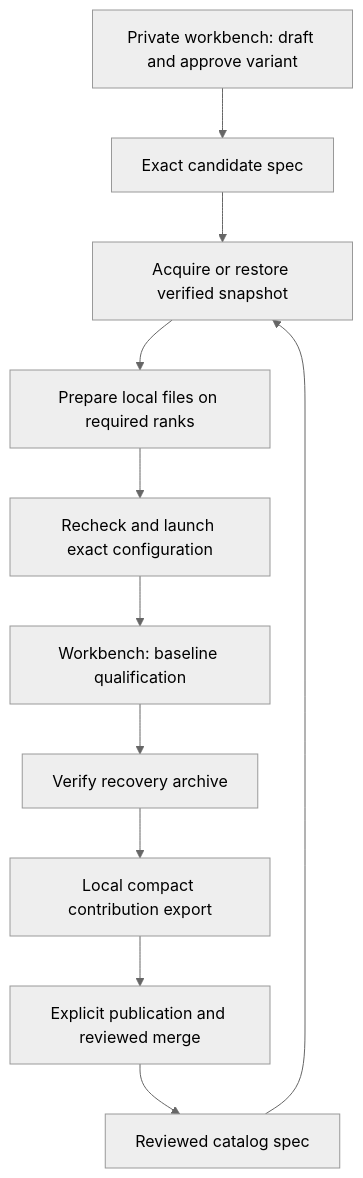
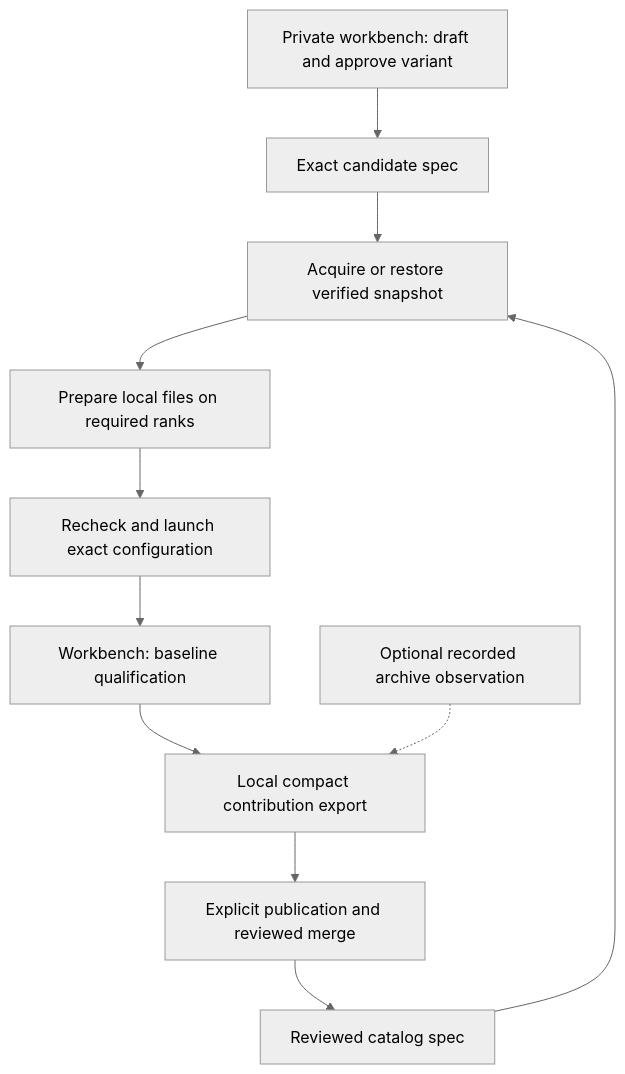
Before and after one commit to luisefigueroa/pulsar-inference-stack: the diagram in docs/ARCHITECTURE.md, drawn with Mermaid (neutral theme). The commit also changed other lines of this file and 71 other files, not shown here.

````diff
--- a/docs/ARCHITECTURE.md
+++ b/docs/ARCHITECTURE.md
@@ -8,13 +8,13 @@
 ```mermaid
 flowchart TD
     lab[Private workbench: draft and approve variant] --> candidate[Exact candidate spec]
     catalog[Reviewed catalog spec] --> storage[Acquire or restore verified snapshot]
     candidate --> storage
     storage --> prepare[Prepare local files on required ranks]
     prepare --> launch[Recheck and launch exact configuration]
     launch --> experiments[Workbench: baseline qualification]
-    experiments --> archive[Verify recovery archive]
-    archive --> export[Local compact contribution export]
+    experiments --> export[Local compact contribution export]
+    archive[Optional recorded archive observation] -.-> export
     export --> review[Explicit publication and reviewed merge]
     review --> catalog
 ```
````
